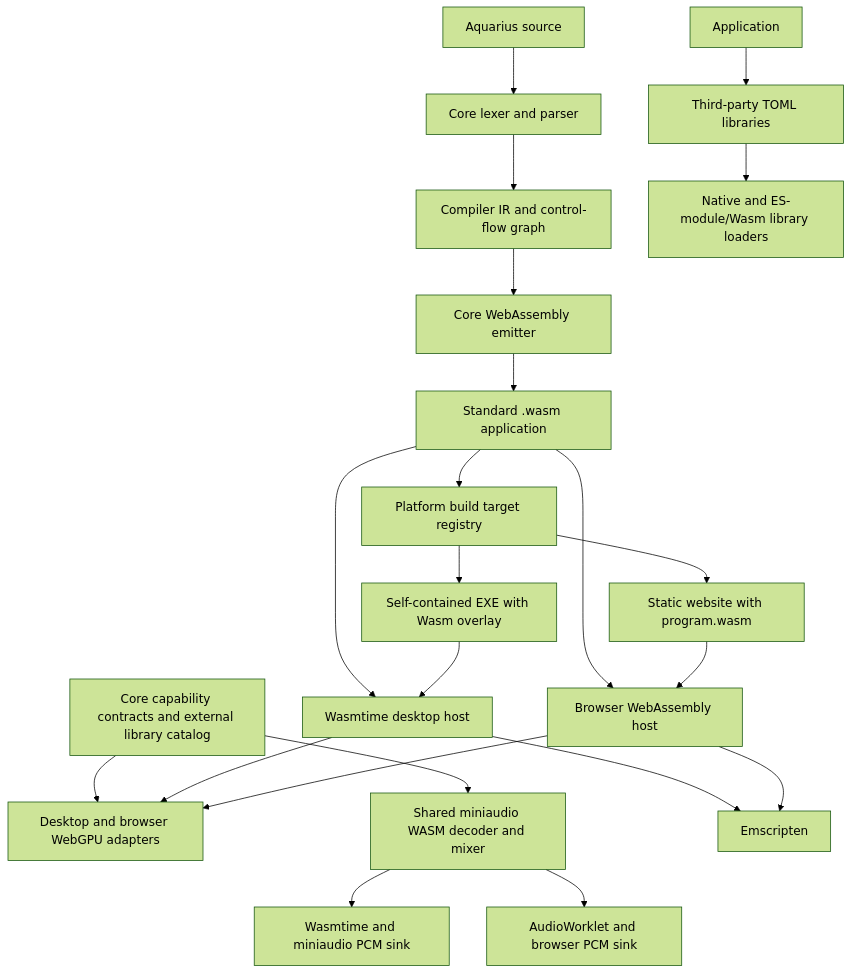
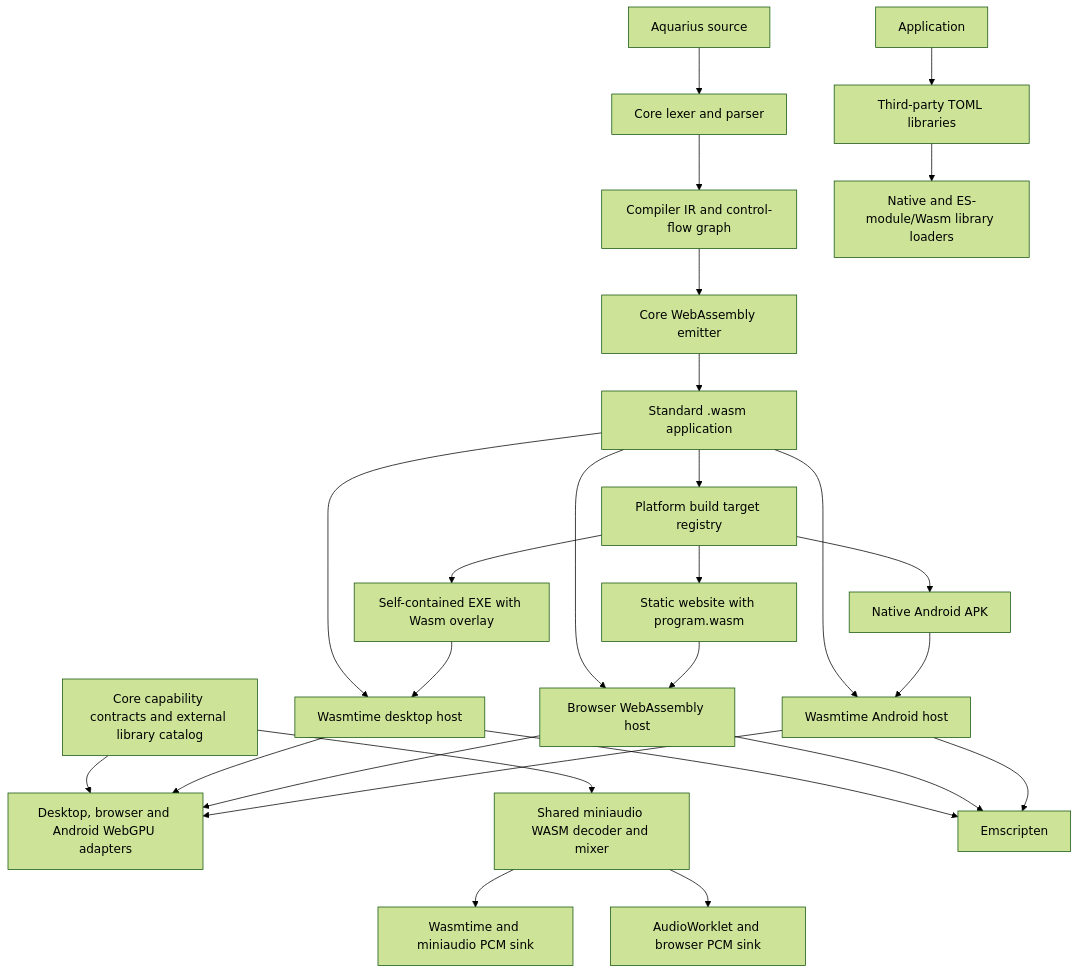
Before and after one commit to Aquarius-Language/AquariusLangTW: the diagram in ARCHITECTURE.md, drawn with Mermaid (forest theme). The commit also changed other lines of this file and 38 other files, not shown here.

````diff
--- a/ARCHITECTURE.md
+++ b/ARCHITECTURE.md
@@ -25,24 +25,29 @@
 ```mermaid
 flowchart TD
     Source[Aquarius source] --> Frontend[Core lexer and parser]
     Frontend --> Lowering[Compiler IR and control-flow graph]
     Lowering --> Wasm[Core WebAssembly emitter]
     Wasm --> Artifact[Standard .wasm application]
     Artifact --> Desktop[Wasmtime desktop host]
     Artifact --> Web[Browser WebAssembly host]
+    Artifact --> Android[Wasmtime Android host]
     Artifact --> Export[Platform build target registry]
     Export --> Website[Static website with program.wasm]
     Export --> Exe[Self-contained EXE with Wasm overlay]
+    Export --> Apk[Native Android APK]
+    Apk --> Android
     Exe --> Desktop
     Website --> Web
-    Core[Core capability contracts and external library catalog] --> GPU[Desktop and browser WebGPU adapters]
+    Core[Core capability contracts and external library catalog] --> GPU[Desktop, browser and Android WebGPU adapters]
     Application --> Bottle[Third-party TOML libraries]
     Core --> Audio[Shared miniaudio WASM decoder and mixer]
     Audio --> AudioDesktop[Wasmtime and miniaudio PCM sink]
     Audio --> AudioWeb[AudioWorklet and browser PCM sink]
     Bottle --> Dynamic[Native and ES-module/Wasm library loaders]
     Desktop --> GPU
     Web --> GPU
+    Android --> GPU
     Desktop --> Emscripten
     Web --> Emscripten
+    Android --> Emscripten
 ```
````
